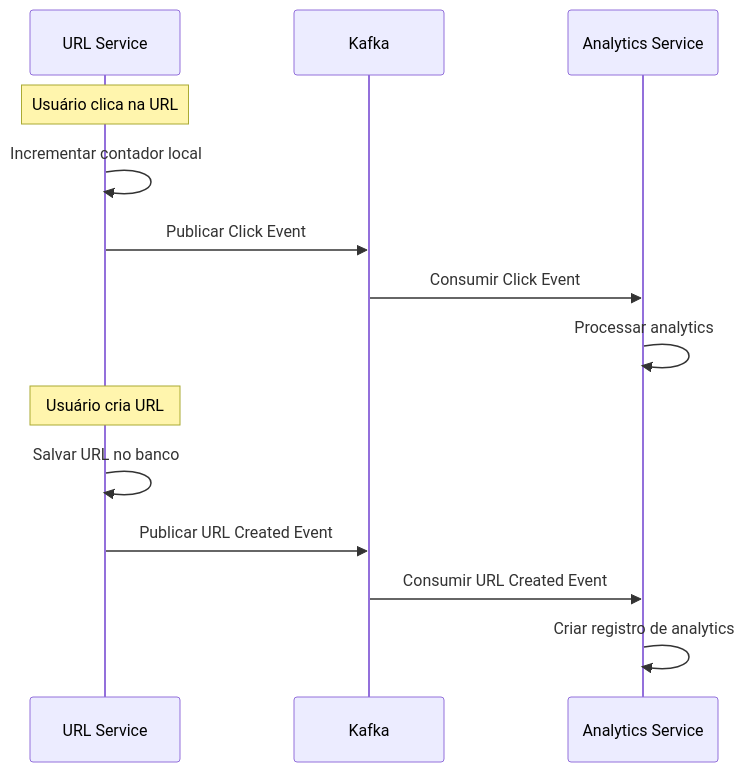
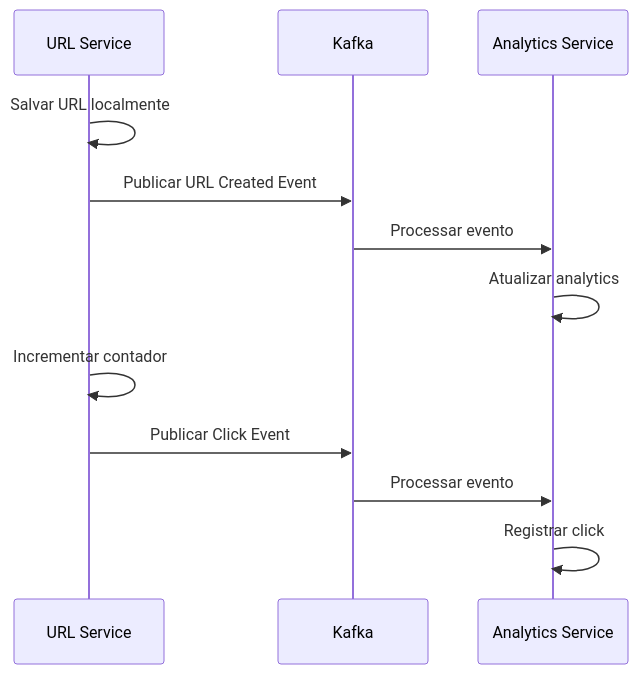
Before and after one commit to rocketseat-education/ftr-fundamentos-microsservicos: the second of 2 diagrams in docs/03-comunicacao-assincrona.md, drawn with Mermaid. The commit also changed other lines of this file and 6 other files, not shown here.

````diff
--- a/docs/03-comunicacao-assincrona.md
+++ b/docs/03-comunicacao-assincrona.md
@@ -46,18 +33,16 @@
 ```mermaid
 sequenceDiagram
     participant U as URL Service
     participant K as Kafka
     participant A as Analytics Service
     
-    Note over U: Usuário clica na URL
-    U->>U: Incrementar contador local
-    U->>K: Publicar Click Event
-    K->>A: Consumir Click Event
-    A->>A: Processar analytics
+    U->>U: Salvar URL localmente
+    U->>K: Publicar URL Created Event
+    K->>A: Processar evento
+    A->>A: Atualizar analytics
     
-    Note over U: Usuário cria URL
-    U->>U: Salvar URL no banco
-    U->>K: Publicar URL Created Event
-    K->>A: Consumir URL Created Event
-    A->>A: Criar registro de analytics
+    U->>U: Incrementar contador
+    U->>K: Publicar Click Event  
+    K->>A: Processar evento
+    A->>A: Registrar click
 ```
````
